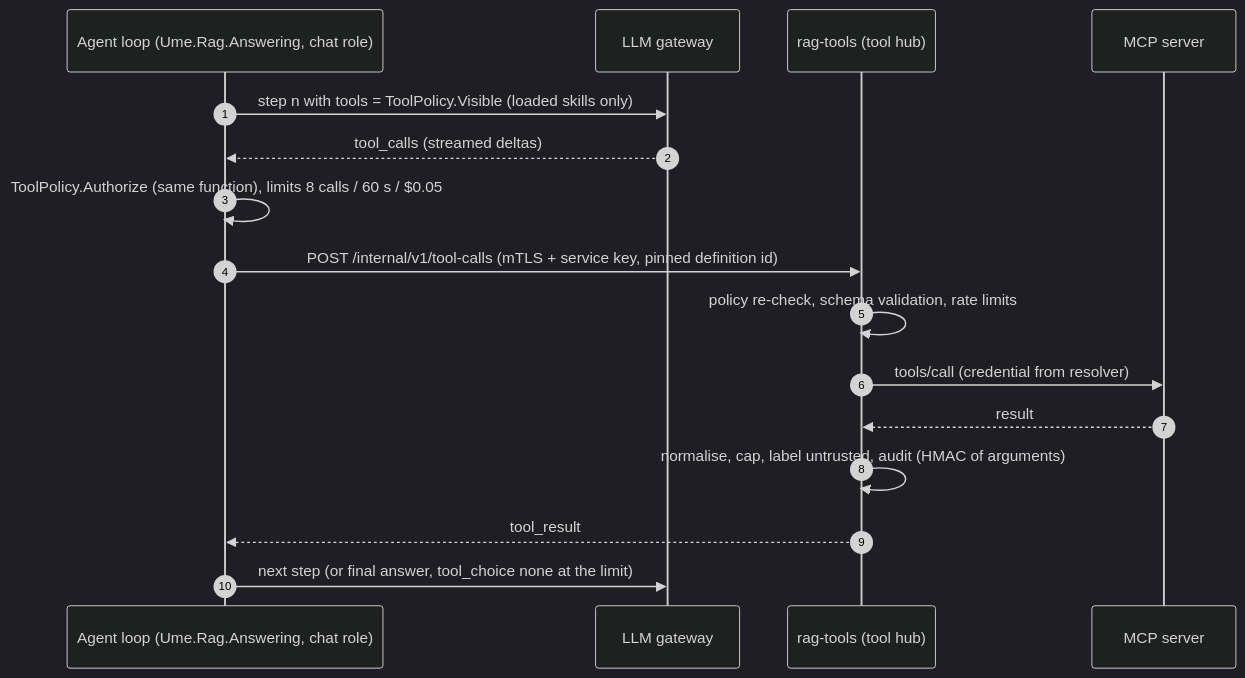
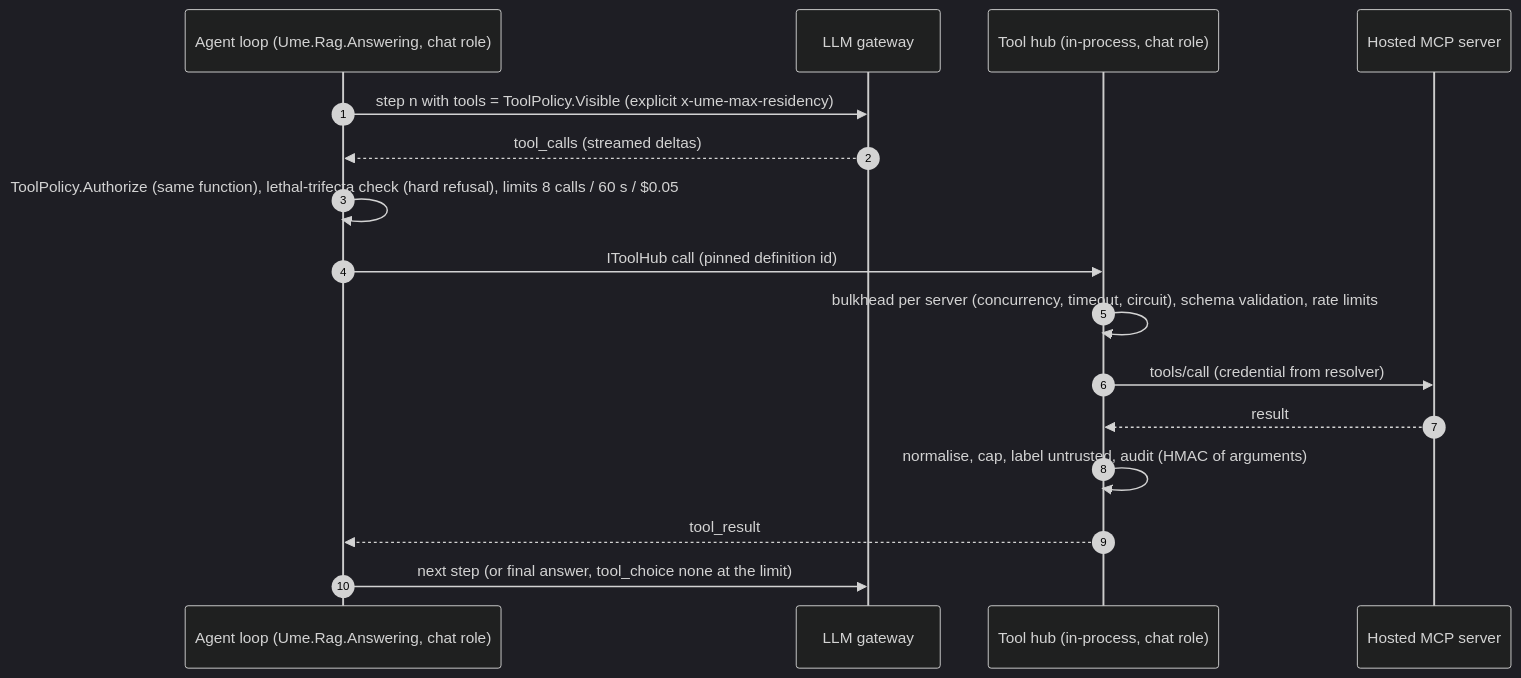
Before and after one commit to thekim1/kalla: the fourth of 4 diagrams in plans/architecture.md, drawn with Mermaid (dark theme). The commit also changed other lines of this file and 29 other files, not shown here.

````diff
--- a/plans/architecture.md
+++ b/plans/architecture.md
@@ -190,19 +208,19 @@
 ```mermaid
 sequenceDiagram
     autonumber
     participant M as Agent loop (Ume.Rag.Answering, chat role)
     participant G as LLM gateway
-    participant H as rag-tools (tool hub)
-    participant S as MCP server
+    participant H as Tool hub (in-process, chat role)
+    participant S as Hosted MCP server
 
-    M->>G: step n with tools = ToolPolicy.Visible (loaded skills only)
+    M->>G: step n with tools = ToolPolicy.Visible (explicit x-ume-max-residency)
     G-->>M: tool_calls (streamed deltas)
-    M->>M: ToolPolicy.Authorize (same function), limits 8 calls / 60 s / $0.05
-    M->>H: POST /internal/v1/tool-calls (mTLS + service key, pinned definition id)
-    H->>H: policy re-check, schema validation, rate limits
+    M->>M: ToolPolicy.Authorize (same function), lethal-trifecta check (hard refusal), limits 8 calls / 60 s / $0.05
+    M->>H: IToolHub call (pinned definition id)
+    H->>H: bulkhead per server (concurrency, timeout, circuit), schema validation, rate limits
     H->>S: tools/call (credential from resolver)
     S-->>H: result
     H->>H: normalise, cap, label untrusted, audit (HMAC of arguments)
     H-->>M: tool_result
     M->>G: next step (or final answer, tool_choice none at the limit)
 ```
````
